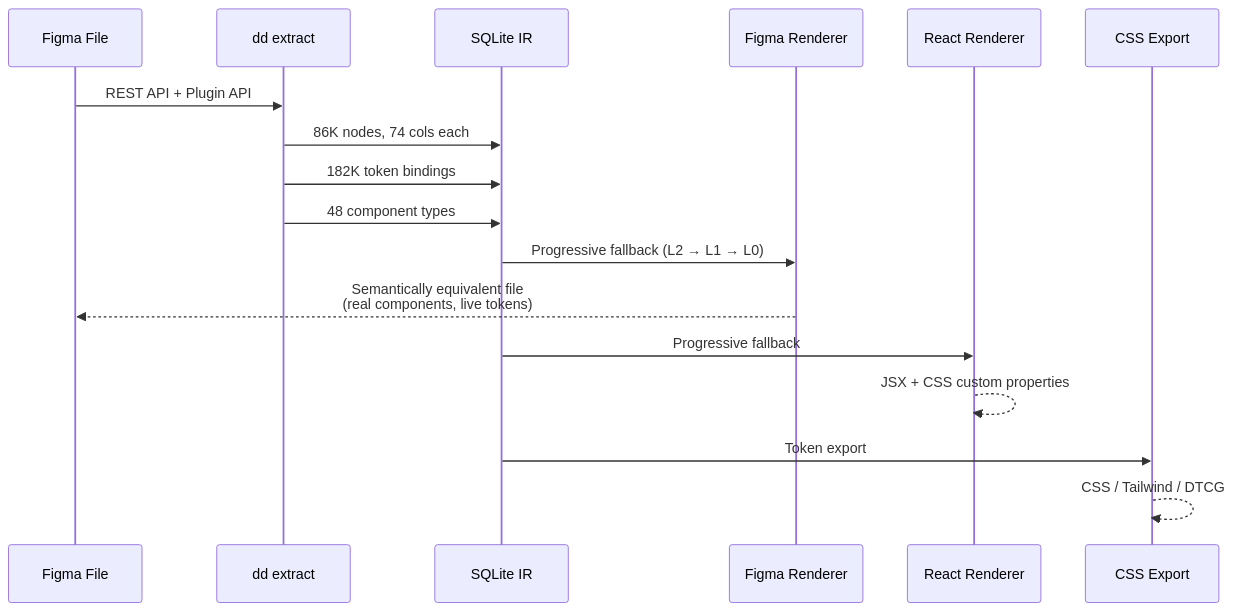
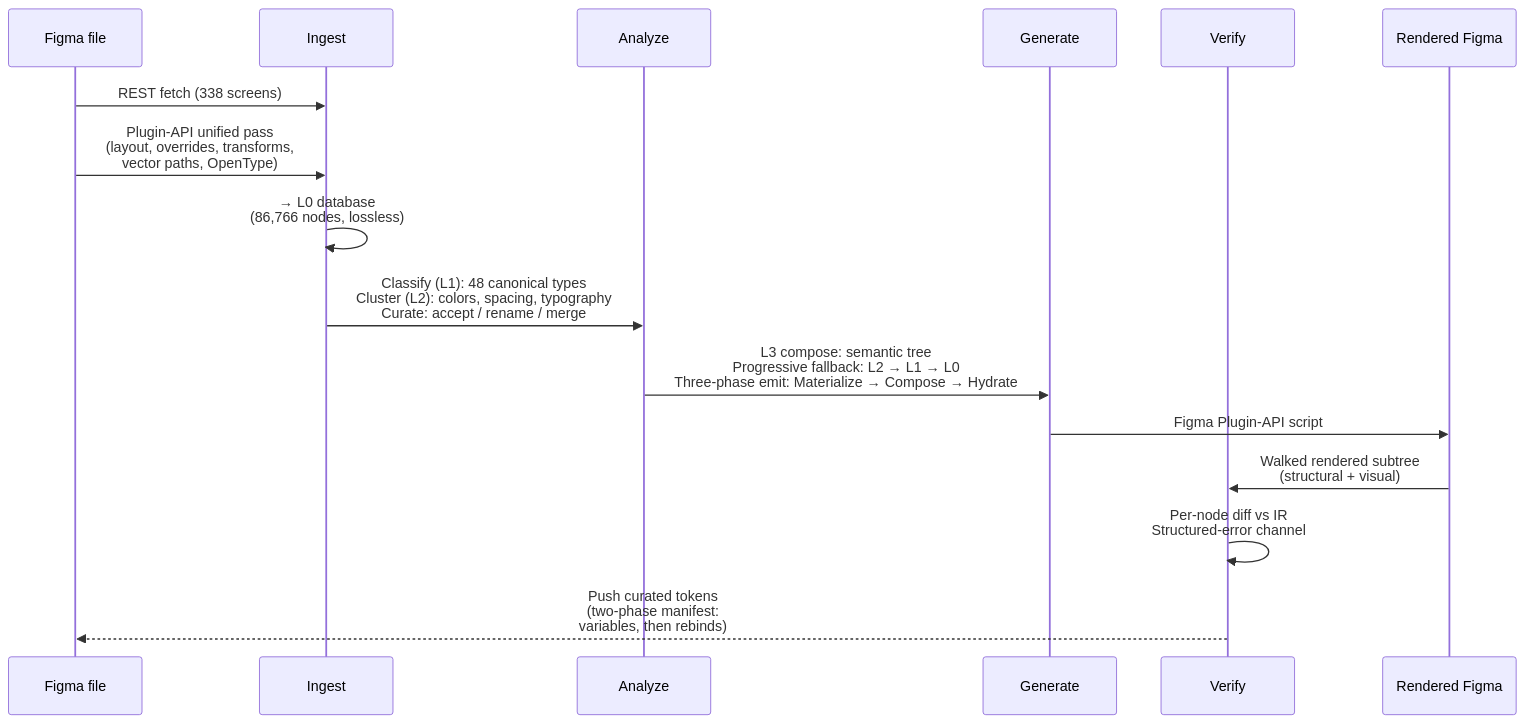
The second of 3 diagrams in README.md (mpacione/declarative), drawn with Mermaid before and after one commit. The commit also changed other lines of this file and 3 other files, not shown here.

````diff
--- a/README.md
+++ b/README.md
@@ -174,23 +116,22 @@
 ```mermaid
 sequenceDiagram
-    participant Figma as Figma File
-    participant CLI as dd extract
-    participant DB as SQLite IR
-    participant R1 as Figma Renderer
-    participant R2 as React Renderer
-    participant R3 as CSS Export
+    participant F as Figma file
+    participant I as Ingest
+    participant A as Analyze
+    participant G as Generate
+    participant V as Verify
+    participant R as Rendered Figma
 
-    Figma->>CLI: REST API + Plugin API
-    CLI->>DB: 86K nodes, 74 cols each
-    CLI->>DB: 182K token bindings
-    CLI->>DB: 48 component types
+    F->>I: REST fetch (338 screens)
+    F->>I: Plugin-API unified pass<br/>(layout, overrides, transforms,<br/>vector paths, OpenType)
+    I->>I: → L0 database<br/>(86,766 nodes, lossless)
 
-    DB->>R1: Progressive fallback (L2 → L1 → L0)
-    R1-->>Figma: Semantically equivalent file<br/>(real components, live tokens)
+    I->>A: Classify (L1): 48 canonical types<br/>Cluster (L2): colors, spacing, typography<br/>Curate: accept / rename / merge
 
-    DB->>R2: Progressive fallback
-    R2-->>R2: JSX + CSS custom properties
+    A->>G: L3 compose: semantic tree<br/>Progressive fallback: L2 → L1 → L0<br/>Three-phase emit: Materialize → Compose → Hydrate
 
-    DB->>R3: Token export
-    R3-->>R3: CSS / Tailwind / DTCG
+    G->>R: Figma Plugin-API script
+    R->>V: Walked rendered subtree<br/>(structural + visual)
+    V->>V: Per-node diff vs IR<br/>Structured-error channel
+    V-->>F: Push curated tokens<br/>(two-phase manifest:<br/>variables, then rebinds)
 ```
````
